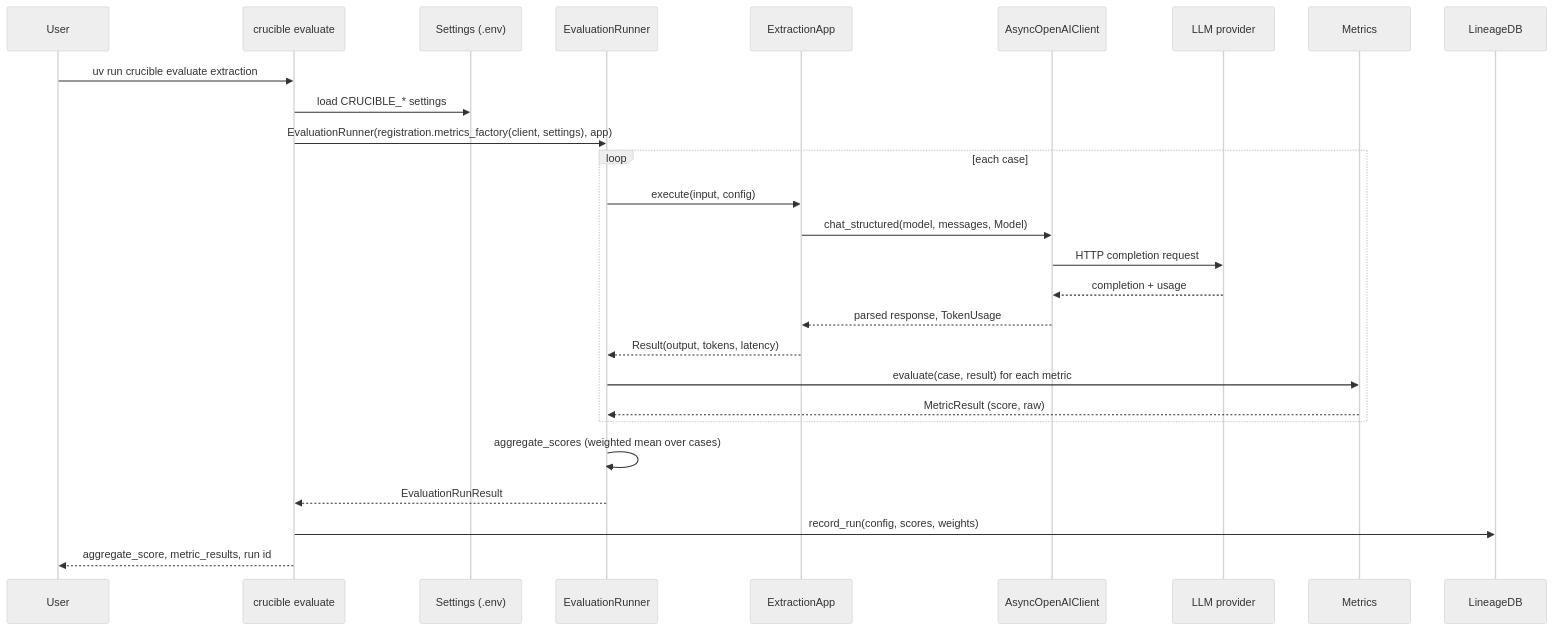
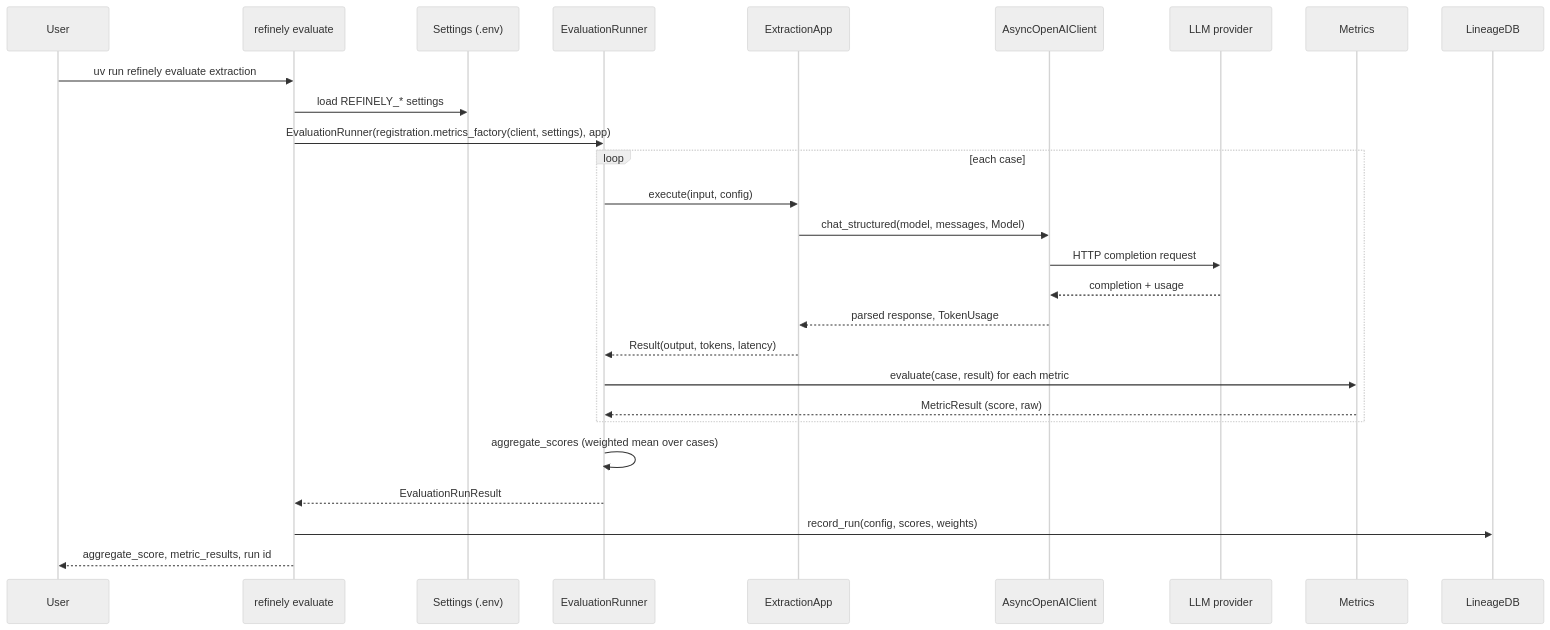
One commit to gamberooni/refinely changed the fourth of 7 diagrams in docs/architecture.md. Above: the diagram before and after it, drawn with Mermaid (neutral theme). The commit also changed other lines of this file and 143 other files, not shown here.

````diff
--- a/docs/architecture.md
+++ b/docs/architecture.md
@@ -141,30 +141,30 @@
 ```mermaid
 sequenceDiagram
     participant U as User
-    participant CLI as crucible evaluate
+    participant CLI as refinely evaluate
     participant SET as Settings (.env)
     participant RUN as EvaluationRunner
     participant APP as ExtractionApp
     participant LLM as AsyncOpenAIClient
     participant GW as LLM provider
     participant MET as Metrics
     participant DB as LineageDB
 
-    U->>CLI: uv run crucible evaluate extraction
-    CLI->>SET: load CRUCIBLE_* settings
+    U->>CLI: uv run refinely evaluate extraction
+    CLI->>SET: load REFINELY_* settings
     CLI->>RUN: EvaluationRunner(registration.metrics_factory(client, settings), app)
     loop each case
         RUN->>APP: execute(input, config)
         APP->>LLM: chat_structured(model, messages, Model)
         LLM->>GW: HTTP completion request
         GW-->>LLM: completion + usage
         LLM-->>APP: parsed response, TokenUsage
         APP-->>RUN: Result(output, tokens, latency)
         RUN->>MET: evaluate(case, result) for each metric
         MET-->>RUN: MetricResult (score, raw)
     end
     RUN->>RUN: aggregate_scores (weighted mean over cases)
     RUN-->>CLI: EvaluationRunResult
     CLI->>DB: record_run(config, scores, weights)
     CLI-->>U: aggregate_score, metric_results, run id
 ```
````
